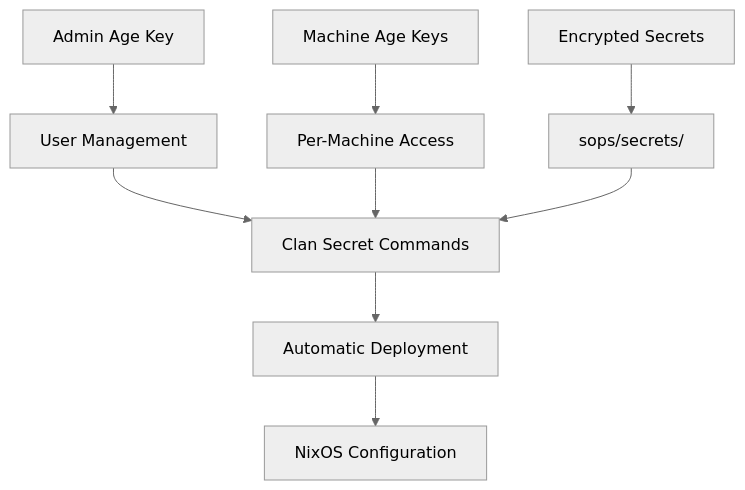
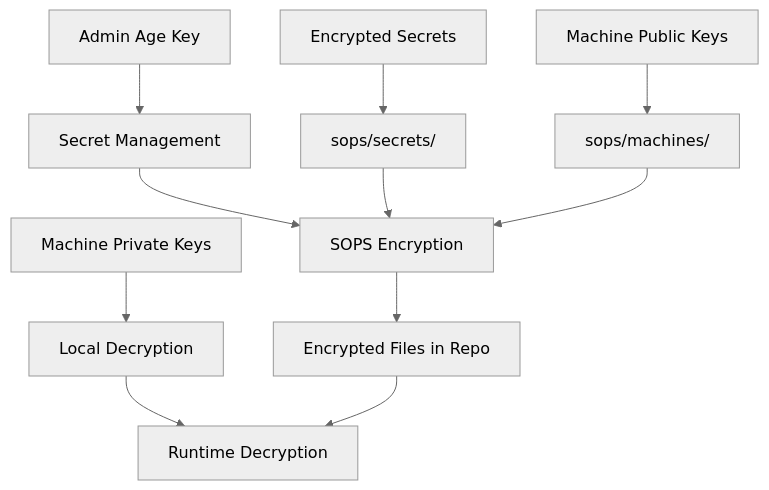
Before and after one commit to W3Max/frost-phoenix-forked-nixos-config: the third of 3 diagrams in docs/README.md, drawn with Mermaid (neutral theme). The commit also changed other lines of this file and 31 other files, not shown here.

````diff
--- a/docs/README.md
+++ b/docs/README.md
@@ -82,13 +83,15 @@
 ```mermaid
 graph TB
-    A[Admin Age Key] --> B[User Management]
-    C[Machine Age Keys] --> D[Per-Machine Access]
+    A[Admin Age Key] --> B[Secret Management]
+    C[Machine Private Keys] --> D[Local Decryption]
     E[Encrypted Secrets] --> F[sops/secrets/]
+    G[Machine Public Keys] --> H[sops/machines/]
 
-    B --> G[Clan Secret Commands]
-    D --> G
-    F --> G
+    B --> I[SOPS Encryption]
+    F --> I
+    H --> I
 
-    G --> H[Automatic Deployment]
-    H --> I[NixOS Configuration]
+    I --> J[Encrypted Files in Repo]
+    D --> K[Runtime Decryption]
+    J --> K
 ```
````
